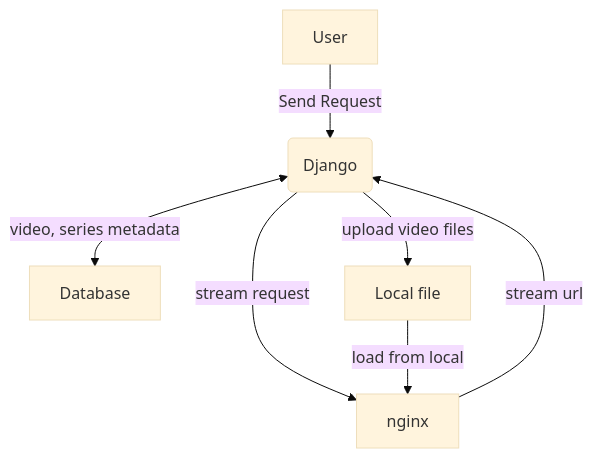
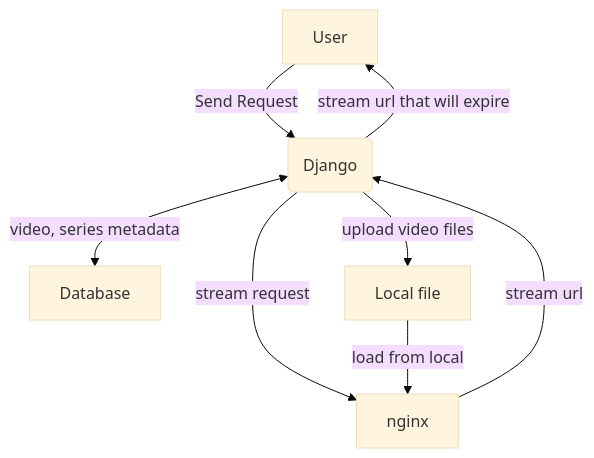
The diagram in README.md (robinsonweng/savagetime), drawn with Mermaid (base theme) before and after one commit.

Commit message:
Edit graph

````diff
--- a/README.md
+++ b/README.md
@@ -7,9 +7,10 @@
 ```mermaid
     graph TD;
-    A[User] -->|Send Request| B(Django);
-    B -->|stream request| C[nginx];
-    B <--> |video, series metadata| D[Database];
-    B -->|upload video files| E[Local file];
-    E --> |load from local|C;
-    C --> |stream url|B;
+        A[User] -->|Send Request| B(Django);
+        B -->|stream request| C[nginx];
+        B <--> |video, series metadata| D[Database];
+        B -->|upload video files| E[Local file];
+        E --> |load from local|C;
+        C --> |stream url|B ;
+        B -->|stream url that will expire| A;
 ```
````
